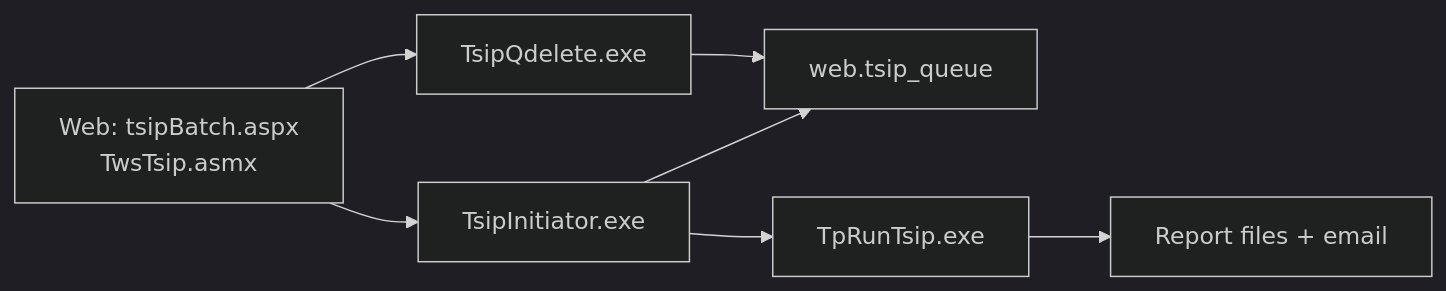
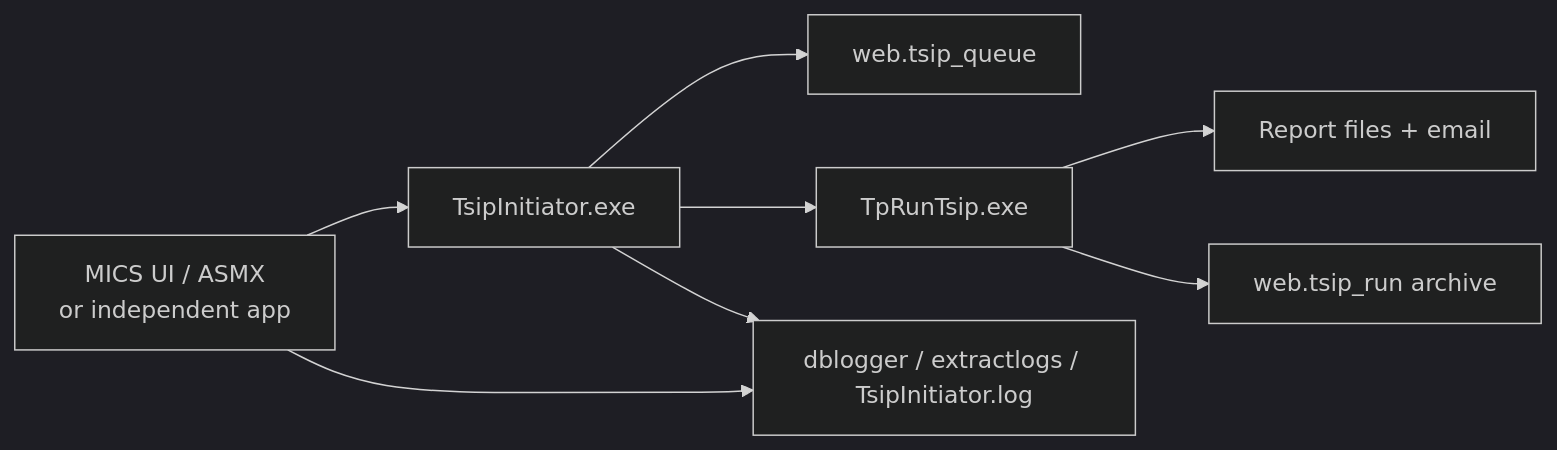
Before and after one commit to FCSA2025/CentralProject: the diagram in docs/remicsdev/tsip.md, drawn with Mermaid (dark theme). The commit also changed other lines of this file and 7 other files, not shown here.

````diff
--- a/docs/remicsdev/tsip.md
+++ b/docs/remicsdev/tsip.md
@@ -30,16 +30,18 @@
 ```mermaid
 flowchart LR
-    WEB["Web: tsipBatch.aspx<br/>TwsTsip.asmx"]
+    WEB["MICS UI / ASMX<br/>or independent app"]
     INIT["TsipInitiator.exe"]
     Q["web.tsip_queue"]
     RUN["TpRunTsip.exe"]
-    DEL["TsipQdelete.exe"]
+    ARC["web.tsip_run archive"]
     OUT["Report files + email"]
+    LOG["dblogger / extractlogs / TsipInitiator.log"]
 
     WEB --> INIT
+    WEB --> LOG
     INIT --> Q
     INIT --> RUN
+    INIT --> LOG
     RUN --> OUT
-    WEB --> DEL
-    DEL --> Q
+    RUN --> ARC
 ```
````
